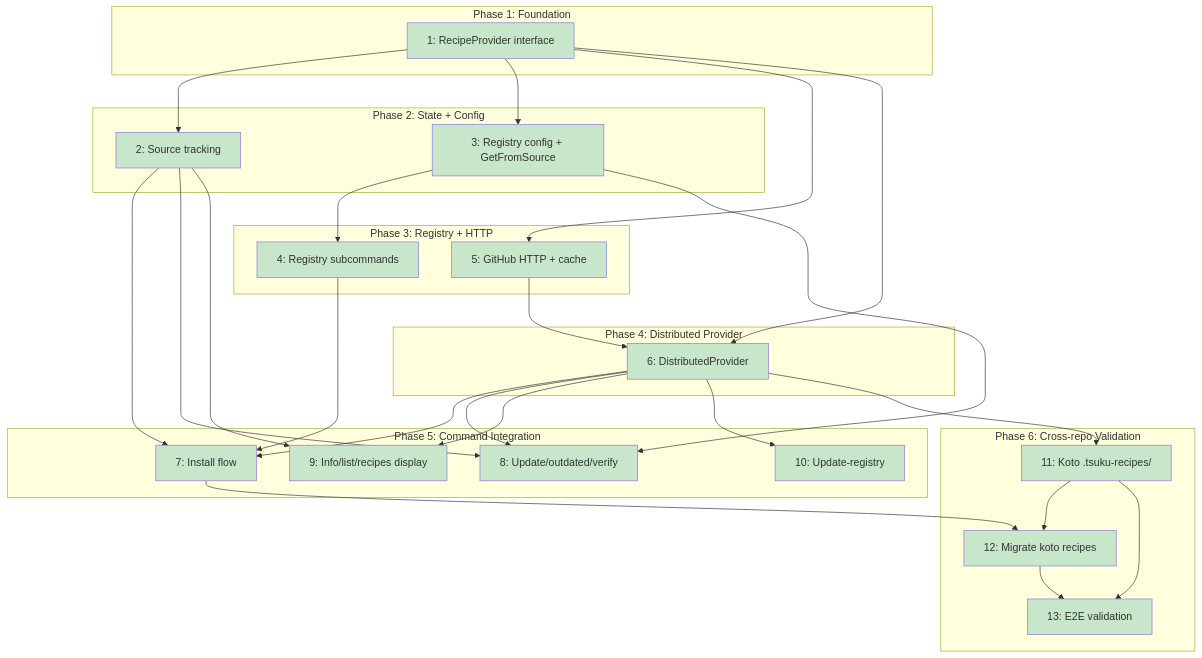
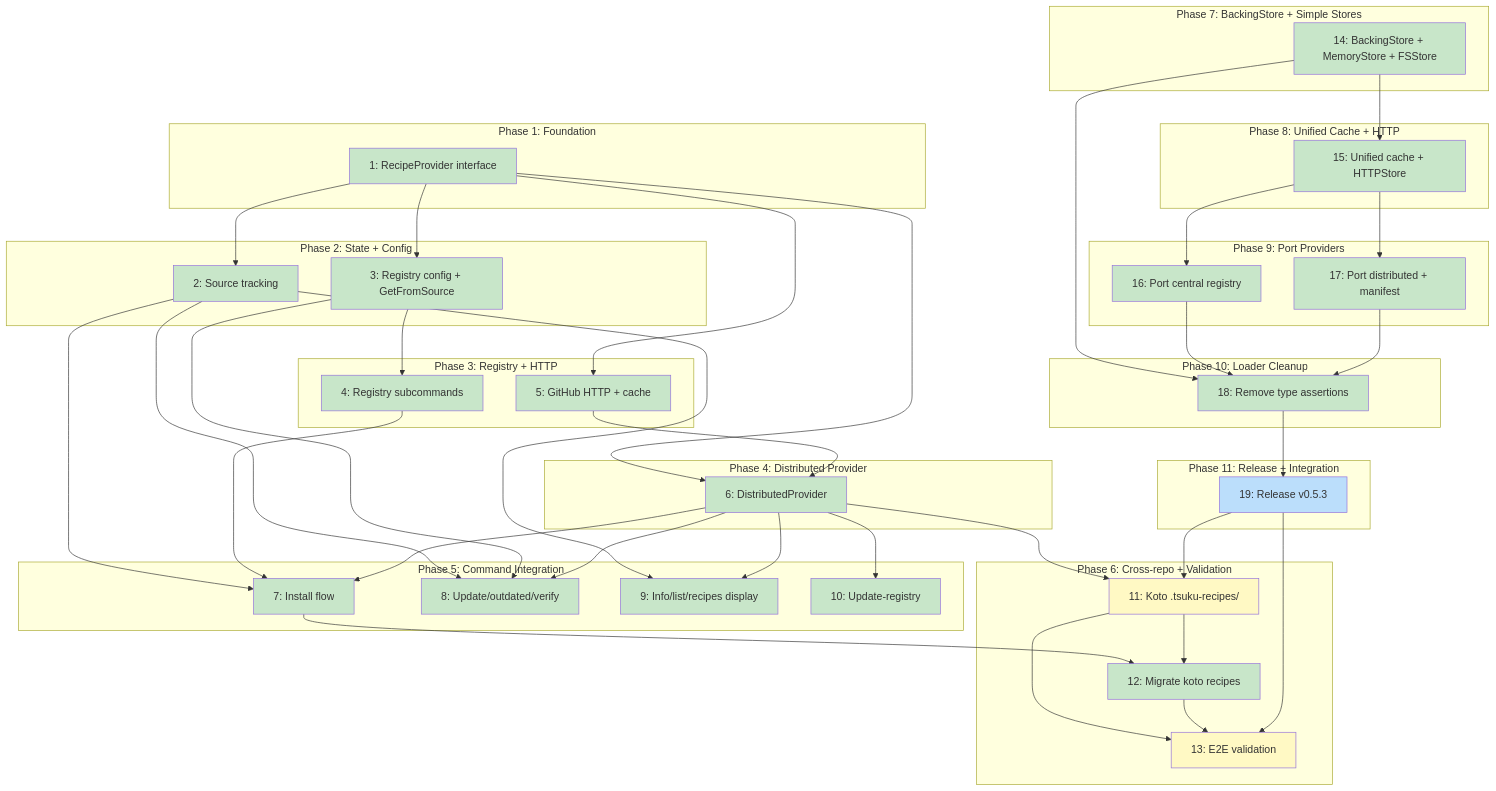
One commit to tsukumogami/tsuku changed the diagram in docs/plans/PLAN-distributed-recipes.md. Above: the diagram before and after it, drawn with Mermaid. The commit also changed other lines of this file and 74 other files, not shown here.

````diff
--- a/docs/plans/PLAN-distributed-recipes.md
+++ b/docs/plans/PLAN-distributed-recipes.md
@@ -381,10 +577,31 @@
         I10["10: Update-registry"]
     end
 
-    subgraph Phase6["Phase 6: Cross-repo Validation"]
+    subgraph Phase6["Phase 6: Cross-repo + Validation"]
         I11["11: Koto .tsuku-recipes/"]
         I12["12: Migrate koto recipes"]
         I13["13: E2E validation"]
+    end
+
+    subgraph Phase7["Phase 7: BackingStore + Simple Stores"]
+        I14["14: BackingStore + MemoryStore + FSStore"]
+    end
+
+    subgraph Phase8["Phase 8: Unified Cache + HTTP"]
+        I15["15: Unified cache + HTTPStore"]
+    end
+
+    subgraph Phase9["Phase 9: Port Providers"]
+        I16["16: Port central registry"]
+        I17["17: Port distributed + manifest"]
+    end
+
+    subgraph Phase10["Phase 10: Loader Cleanup"]
+        I18["18: Remove type assertions"]
+    end
+
+    subgraph Phase11["Phase 11: Release + Integration"]
+        I19["19: Release v0.5.3"]
     end
 
     I1 --> I2
@@ -403,10 +620,19 @@
     I6 --> I9
     I6 --> I10
     I6 --> I11
+    I19 --> I11
     I7 --> I12
     I11 --> I12
     I11 --> I13
     I12 --> I13
+    I19 --> I13
+    I14 --> I15
+    I15 --> I16
+    I15 --> I17
+    I14 --> I18
+    I16 --> I18
+    I17 --> I18
+    I18 --> I19
 
     classDef done fill:#c8e6c9
     classDef ready fill:#bbdefb
@@ -418,5 +644,7 @@
     classDef tracksDesign fill:#FFE0B2,stroke:#F57C00,color:#000
     classDef tracksPlan fill:#FFE0B2,stroke:#F57C00,color:#000
 
-    class I1,I2,I3,I4,I5,I6,I7,I8,I9,I10,I11,I12,I13 done
+    class I1,I2,I3,I4,I5,I6,I7,I8,I9,I10,I12,I14,I15,I16,I17,I18 done
+    class I19 ready
+    class I11,I13 blocked
 ```
````
